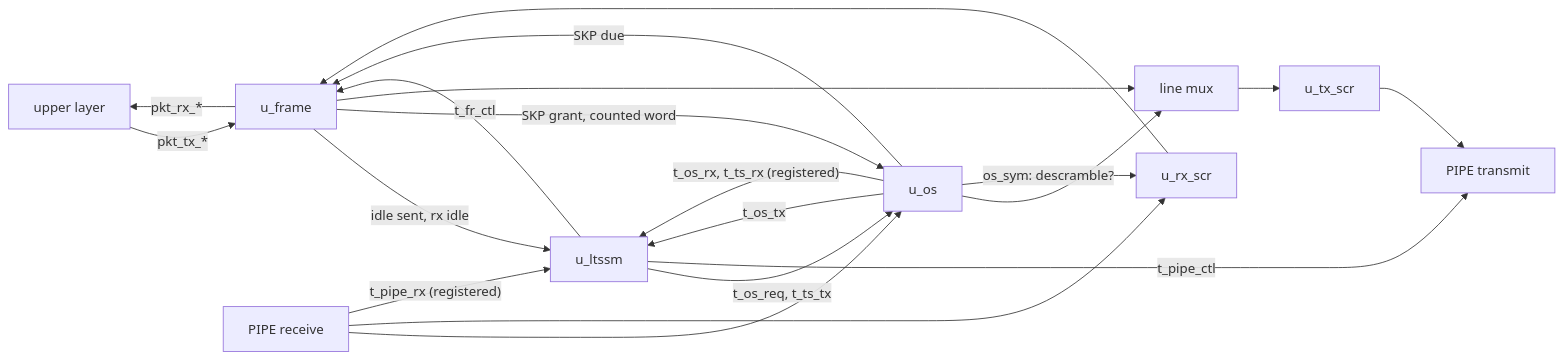
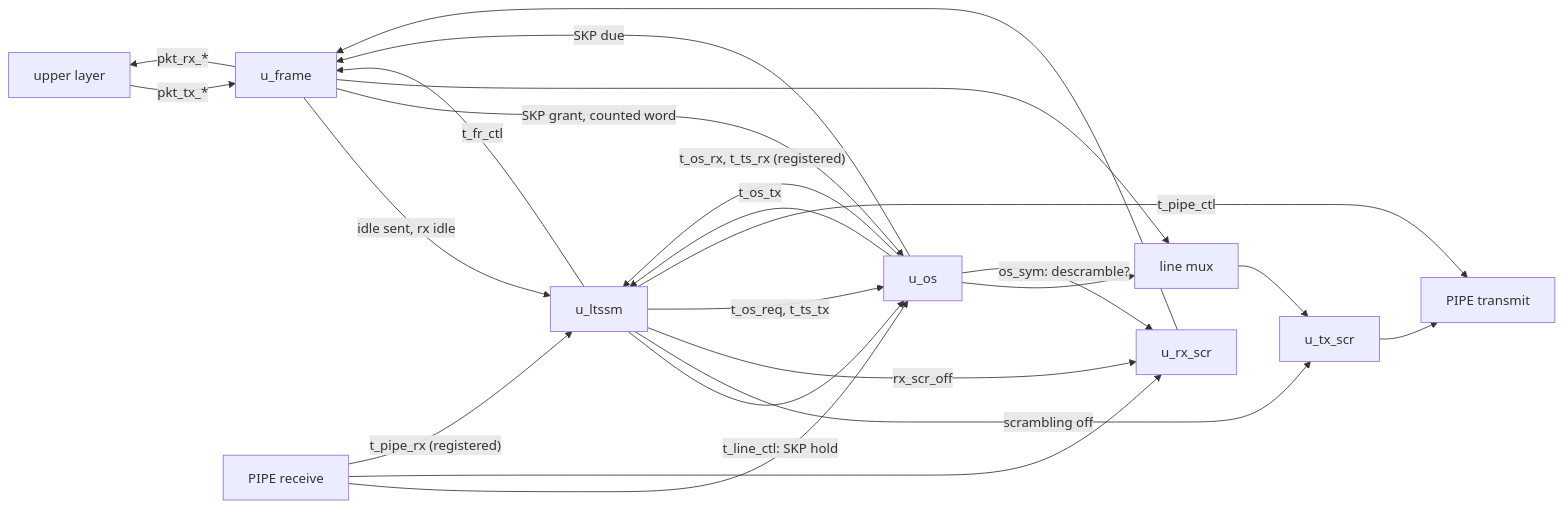
The diagram in wiki/src/rtl/mac/MAS.md (amichai-bd/pcie-factory), drawn with Mermaid before and after one commit. The commit also changed other lines of this file and 16 other files, not shown here.

````diff
--- a/wiki/src/rtl/mac/MAS.md
+++ b/wiki/src/rtl/mac/MAS.md
@@ -16,20 +16,23 @@
 ```mermaid
 flowchart LR
   up["upper layer"] -- "pkt_tx_*" --> fr["u_frame"]
   fr -- "pkt_rx_*" --> up
   lt["u_ltssm"] -- "t_fr_ctl" --> fr
+  lt -- "t_line_ctl: SKP hold" --> os
+  lt -- "scrambling off" --> txs
+  lt -- "rx_scr_off" --> rxs
   fr -- "idle sent, rx idle" --> lt
   lt -- "t_os_req, t_ts_tx" --> os["u_os"]
   os -- "t_os_tx" --> lt
   os -- "SKP due" --> fr
   fr -- "SKP grant, counted word" --> os
   fr --> mux["line mux"]
   os --> mux
   mux --> txs["u_tx_scr"] --> ptx["PIPE transmit"]
   lt -- "t_pipe_ctl" --> ptx
   prx["PIPE receive"] --> os
   prx --> rxs["u_rx_scr"] --> fr
   os -- "os_sym: descramble?" --> rxs
   os -- "t_os_rx, t_ts_rx (registered)" --> lt
   prx -- "t_pipe_rx (registered)" --> lt
 ```
````
